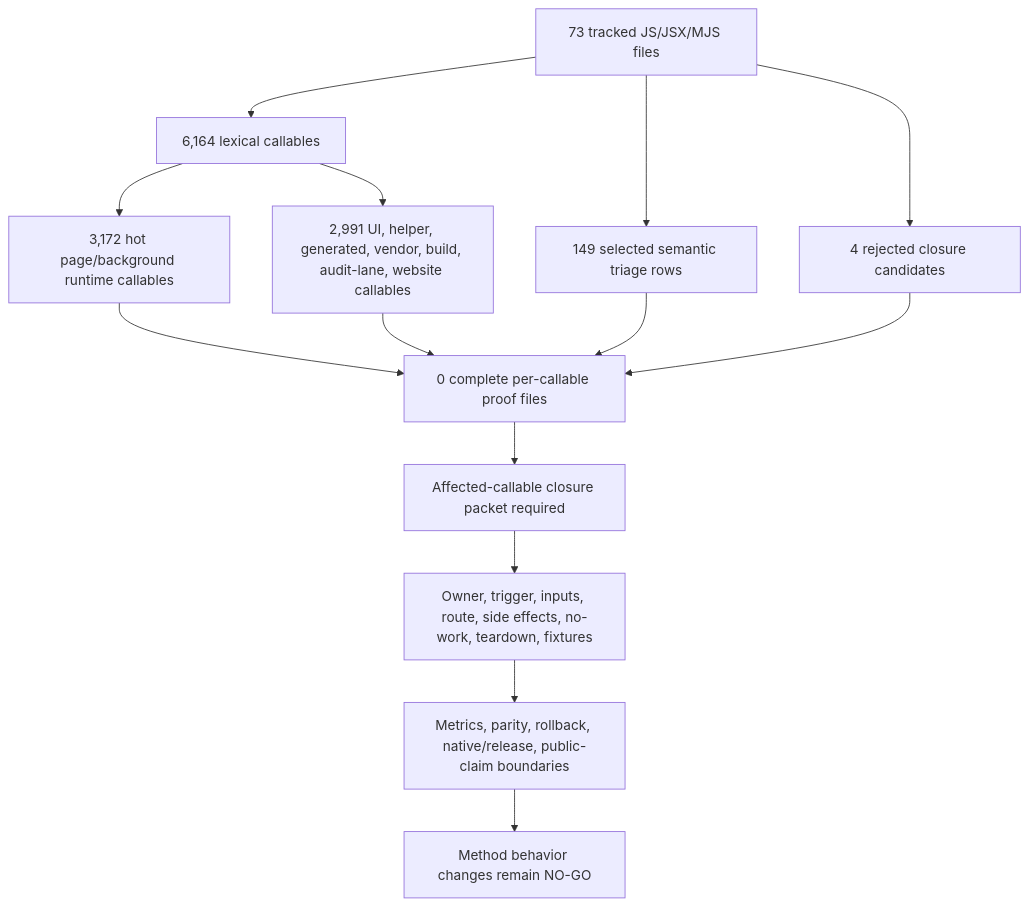
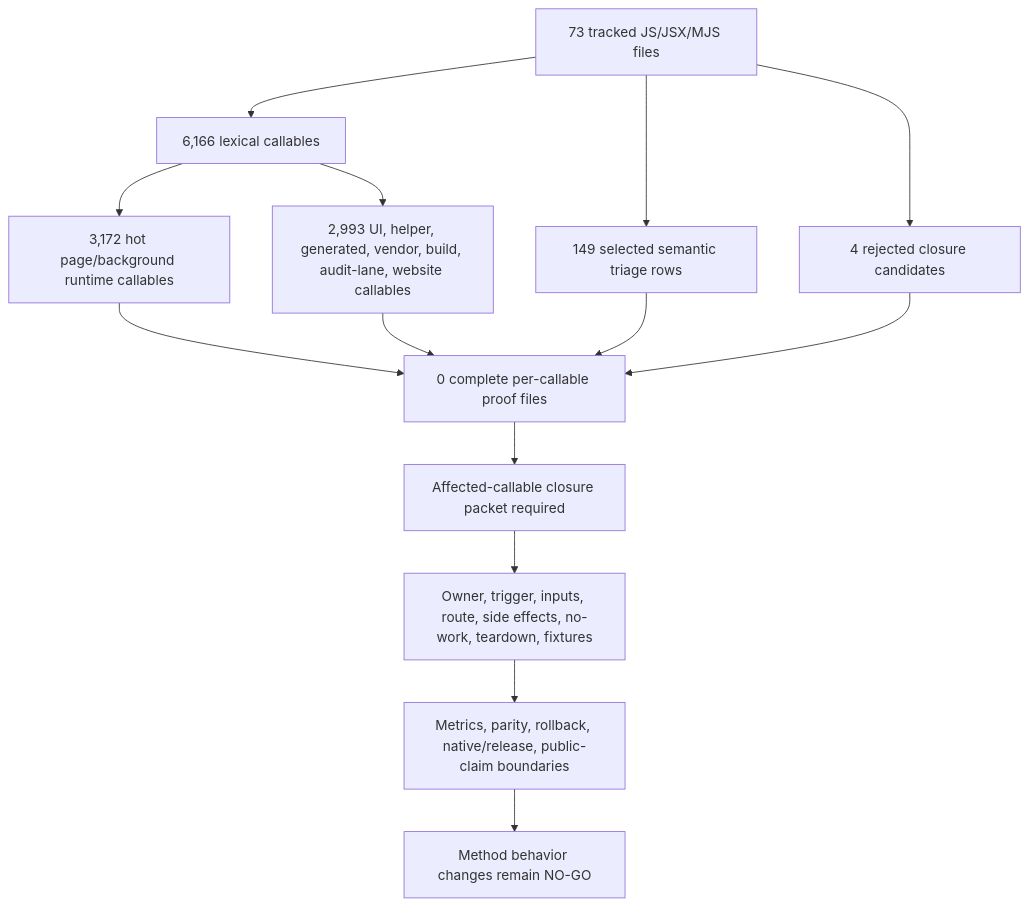
Before and after one commit to varshneydevansh/FilterTube: the first of 2 diagrams in docs/audit/FILTERTUBE_METHOD_SEMANTIC_PROOF_GAP_INDEX_CURRENT_BEHAVIOR_2026-05-25.md, drawn with Mermaid. The commit also changed other lines of this file and 60 other files, not shown here.

````diff
--- a/docs/audit/FILTERTUBE_METHOD_SEMANTIC_PROOF_GAP_INDEX_CURRENT_BEHAVIOR_2026-05-25.md
+++ b/docs/audit/FILTERTUBE_METHOD_SEMANTIC_PROOF_GAP_INDEX_CURRENT_BEHAVIOR_2026-05-25.md
@@ -147,16 +147,16 @@
 ```mermaid
 flowchart TD
-  A["73 tracked JS/JSX/MJS files"] --> B["6,164 lexical callables"]
+  A["73 tracked JS/JSX/MJS files"] --> B["6,166 lexical callables"]
   B --> C["3,172 hot page/background runtime callables"]
-  B --> D["2,991 UI, helper, generated, vendor, build, audit-lane, website callables"]
+  B --> D["2,993 UI, helper, generated, vendor, build, audit-lane, website callables"]
   A --> E["149 selected semantic triage rows"]
   A --> F["4 rejected closure candidates"]
   C --> G["0 complete per-callable proof files"]
   D --> G
   E --> G
   F --> G
   G --> H["Affected-callable closure packet required"]
   H --> I["Owner, trigger, inputs, route, side effects, no-work, teardown, fixtures"]
   I --> J["Metrics, parity, rollback, native/release, public-claim boundaries"]
   J --> K["Method behavior changes remain NO-GO"]
 ```
````
